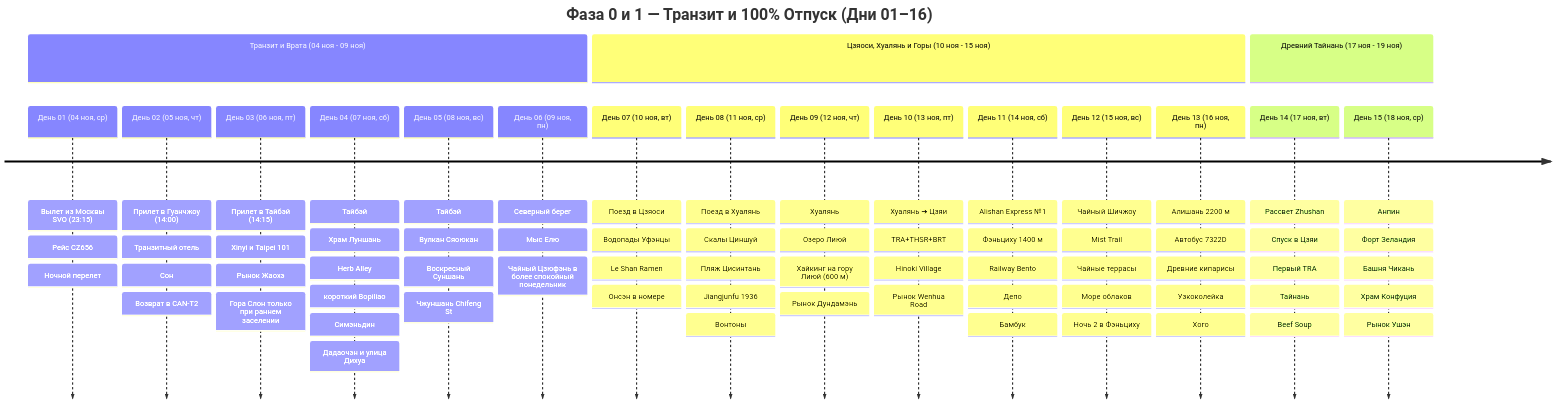
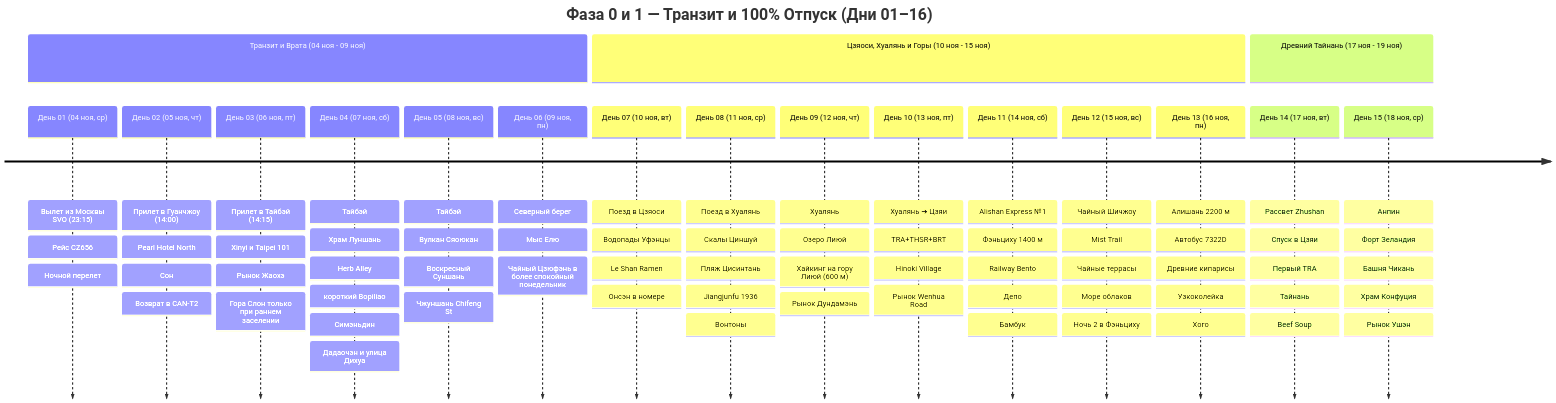
One commit to injurka/obsidian-mark changed the first of 2 diagrams in Personal Note/Travel/-- Taiwan/Taiwan.md. Above: the diagram before and after it, drawn with Mermaid. The commit also changed other lines of this file and 9 other files, not shown here.

````diff
--- a/Personal Note/Travel/-- Taiwan/Taiwan.md
+++ b/Personal Note/Travel/-- Taiwan/Taiwan.md
@@ -60,22 +60,22 @@
 ```mermaid
 timeline
     title Фаза 0 и 1 — Транзит и 100% Отпуск (Дни 01–16)
     section Транзит и Врата (04 ноя - 09 ноя)
         День 01 (04 ноя, ср) : Вылет из Москвы SVO (23:15) : Рейс CZ656 : Ночной перелет
-        День 02 (05 ноя, чт) : Прилет в Гуанчжоу (14:00) : Транзитный отель : Сон : Возврат в CAN-T2
+        День 02 (05 ноя, чт) : Прилет в Гуанчжоу (14:00) : Pearl Hotel North : Сон : Возврат в CAN-T2
         День 03 (06 ноя, пт) : Прилет в Тайбэй (14:15) : Xinyi и Taipei 101 : Рынок Жаохэ : Гора Слон только при раннем заселении
         День 04 (07 ноя, сб) : Тайбэй : Храм Луншань : Herb Alley : короткий Bopiliao : Симэньдин : Дадаочэн и улица Дихуа
         День 05 (08 ноя, вс) : Тайбэй : Вулкан Сяоюкан : Воскресный Суншань : Чжуншань Chifeng St
         День 06 (09 ноя, пн) : Северный берег : Мыс Елю : Чайный Цзюфэнь в более спокойный понедельник
     section Цзяоси, Хуалянь и Горы (10 ноя - 15 ноя)
         День 07 (10 ноя, вт) : Поезд в Цзяоси : Водопады Уфэнцы : Le Shan Ramen : Онсэн в номере
         День 08 (11 ноя, ср) : Поезд в Хуалянь : Скалы Циншуй : Пляж Цисинтань : Jiangjunfu 1936 : Вонтоны
         День 09 (12 ноя, чт) : Хуалянь : Озеро Лиюй : Хайкинг на гору Лиюй (600 м) : Рынок Дундамэнь
         День 10 (13 ноя, пт) : Хуалянь ➔ Цзяи : TRA+THSR+BRT : Hinoki Village : Рынок Wenhua Road
         День 11 (14 ноя, сб) : Alishan Express №1 : Фэньциху 1400 м : Railway Bento : Депо : Бамбук
         День 12 (15 ноя, вс) : Чайный Шичжоу : Mist Trail : Чайные террасы : Море облаков : Ночь 2 в Фэньциху
         День 13 (16 ноя, пн) : Алишань 2200 м : Автобус 7322D : Древние кипарисы : Узкоколейка : Хого
     section Древний Тайнань (17 ноя - 19 ноя)
         День 14 (17 ноя, вт) : Рассвет Zhushan : Спуск в Цзяи : Первый TRA : Тайнань : Beef Soup
         День 15 (18 ноя, ср) : Анпин : Форт Зеландия : Башня Чикань : Храм Конфуция : Рынок Ушэн
 ```
````
